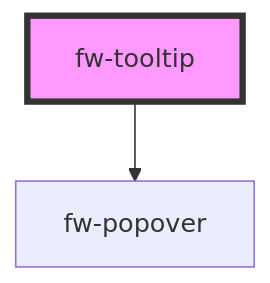
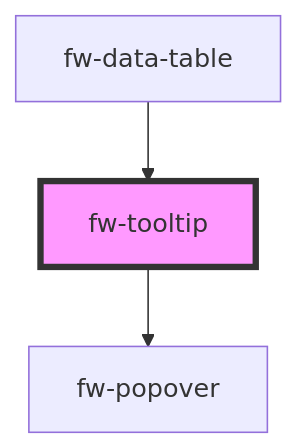
The diagram in packages/crayons-core/src/components/tooltip/readme.md (freshworks/crayons), drawn with Mermaid before and after one commit. The commit also changed other lines of this file and 2 other files, not shown here.

Commit message:
fix(data-table): row action buttons has fw-tooltip

````diff
--- a/packages/crayons-core/src/components/tooltip/readme.md
+++ b/packages/crayons-core/src/components/tooltip/readme.md
@@ -388,5 +392,6 @@
 ```mermaid
 graph TD;
   fw-tooltip --> fw-popover
+  fw-data-table --> fw-tooltip
   style fw-tooltip fill:#f9f,stroke:#333,stroke-width:4px
 ```
````
